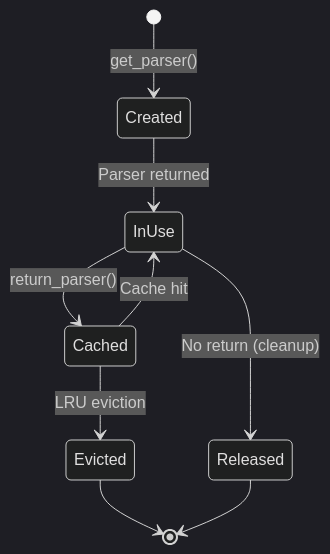
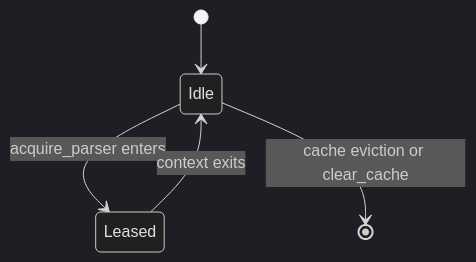
The second of 3 diagrams in docs/architecture.md (Consiliency/treesitter-chunker), drawn with Mermaid (dark theme) before and after one commit. The commit also changed other lines of this file and 18 other files, not shown here.

````diff
--- a/docs/architecture.md
+++ b/docs/architecture.md
@@ -411,11 +73,7 @@
 ```mermaid
 stateDiagram-v2
-    [*] --> Created: get_parser()
-    Created --> InUse: Parser returned
-    InUse --> Cached: return_parser()
-    Cached --> InUse: Cache hit
-    Cached --> Evicted: LRU eviction
-    InUse --> Released: No return (cleanup)
-    Evicted --> [*]
-    Released --> [*]
+    [*] --> Idle
+    Idle --> Leased: acquire_parser enters
+    Leased --> Idle: context exits
+    Idle --> [*]: cache eviction or clear_cache
 ```
````
